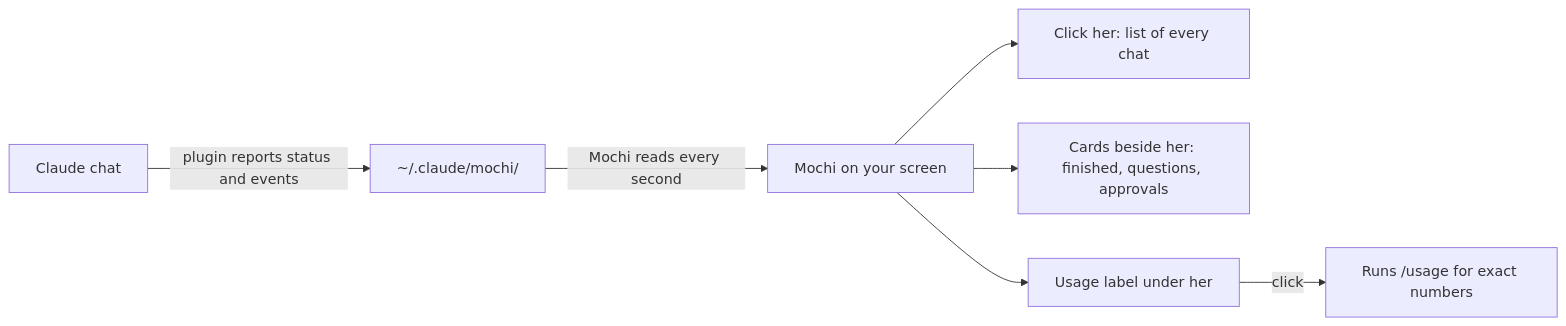
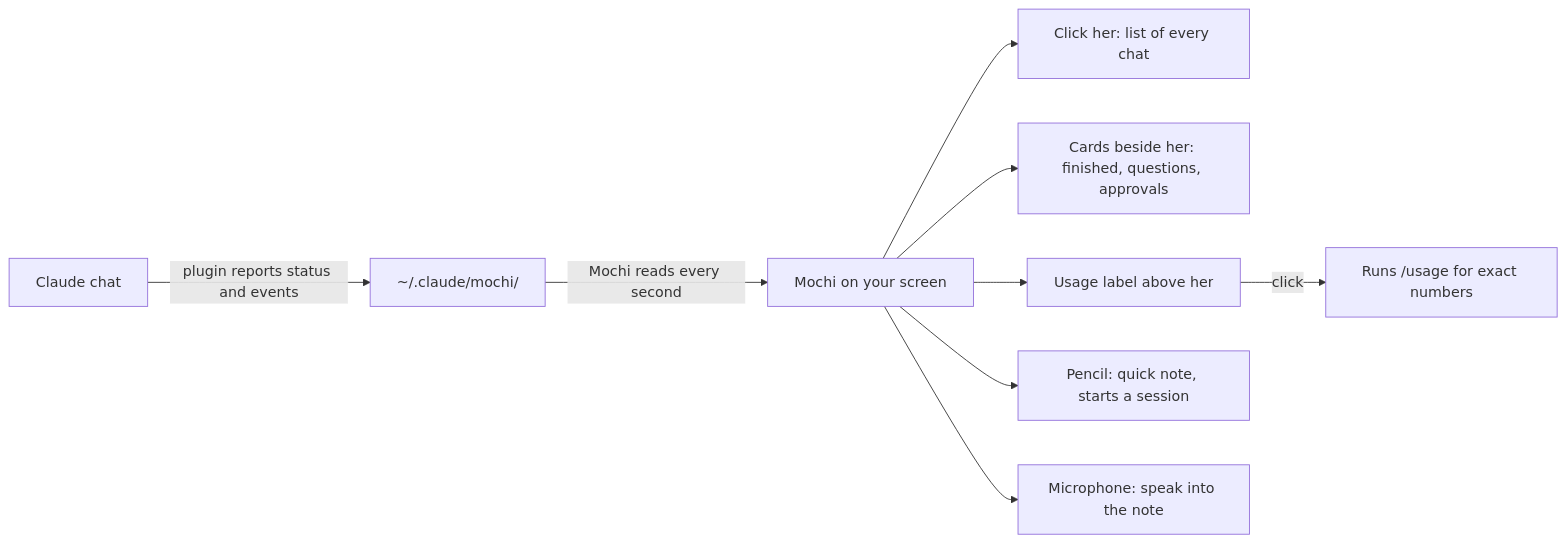
Before and after one commit to EmmaNguyen/mod-pet: the diagram in README.md, drawn with Mermaid. The commit also changed other lines of this file, not shown here.

Commit message:
README: quick note, talk, and usage above Mochi

````diff
--- a/README.md
+++ b/README.md
@@ -30,9 +32,11 @@
 ```mermaid
 flowchart LR
     C[Claude chat] -->|plugin reports status and events| F[~/.claude/mochi/]
     F -->|Mochi reads every second| M[Mochi on your screen]
     M --> L[Click her: list of every chat]
     M --> K[Cards beside her: finished, questions, approvals]
-    M --> U[Usage label under her]
+    M --> U[Usage label above her]
     U -->|click| CL[Runs /usage for exact numbers]
+    M --> Q[Pencil: quick note, starts a session]
+    M --> T[Microphone: speak into the note]
 ```
````
